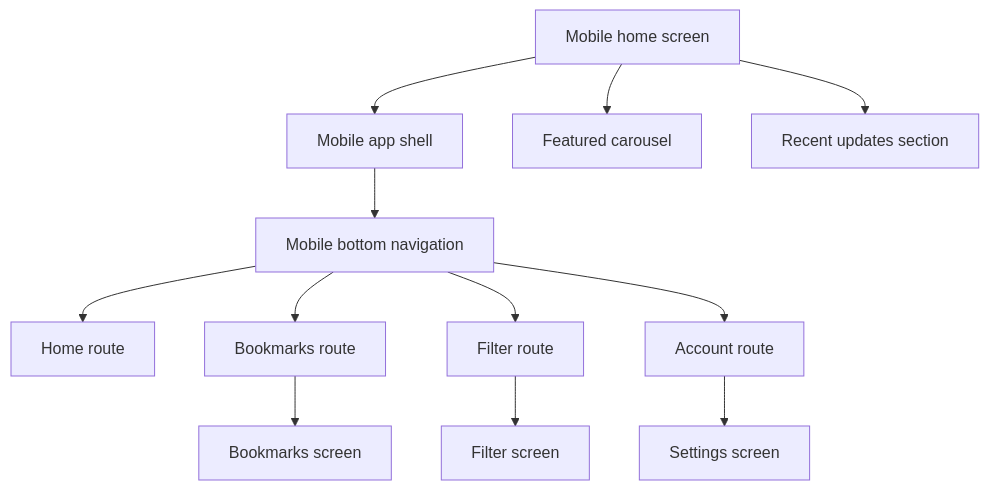
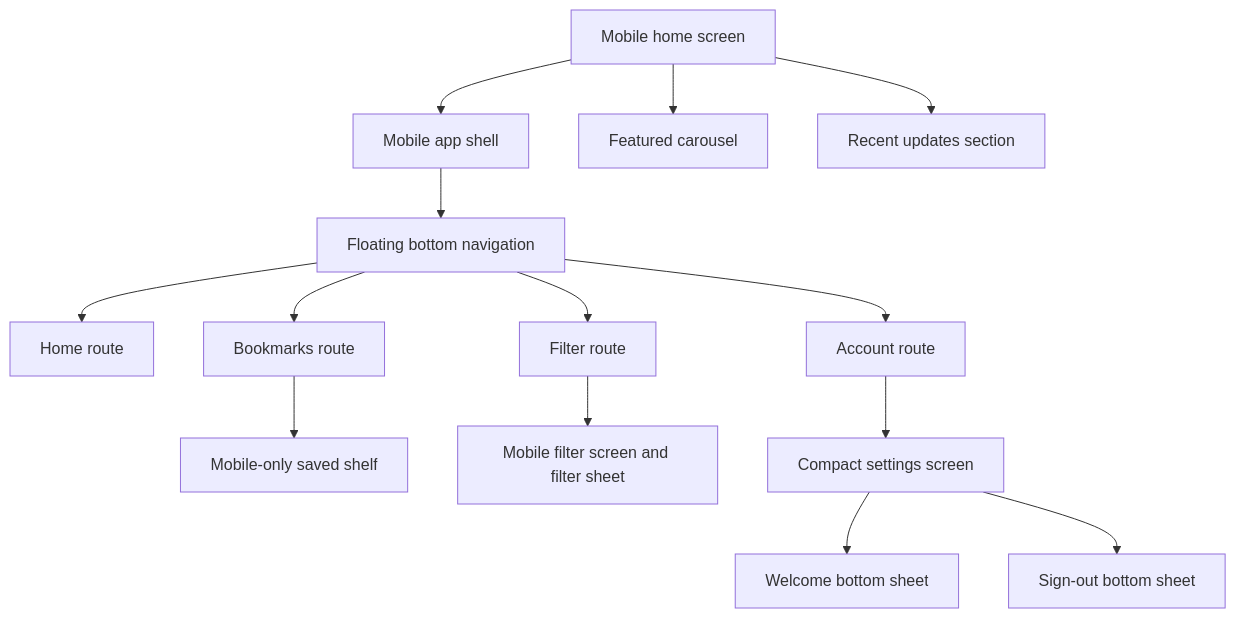
The second of 3 diagrams in docs/mobile-flow.md (xyrusL/rioanimeplay), drawn with Mermaid before and after one commit. The commit also changed other lines of this file and 42 other files, not shown here.

````diff
--- a/docs/mobile-flow.md
+++ b/docs/mobile-flow.md
@@ -30,14 +30,16 @@
 ```mermaid
 flowchart TD
     H["Mobile home screen"] --> I["Mobile app shell"]
-    I --> J["Mobile bottom navigation"]
+    I --> J["Floating bottom navigation"]
     J --> K["Home route"]
     J --> L["Bookmarks route"]
     J --> M["Filter route"]
     J --> N["Account route"]
     H --> O["Featured carousel"]
     H --> P["Recent updates section"]
-    L --> Q["Bookmarks screen"]
-    M --> R["Filter screen"]
-    N --> S["Settings screen"]
+    L --> Q["Mobile-only saved shelf"]
+    M --> R["Mobile filter screen and filter sheet"]
+    N --> S["Compact settings screen"]
+    S --> T["Welcome bottom sheet"]
+    S --> U["Sign-out bottom sheet"]
 ```
````
